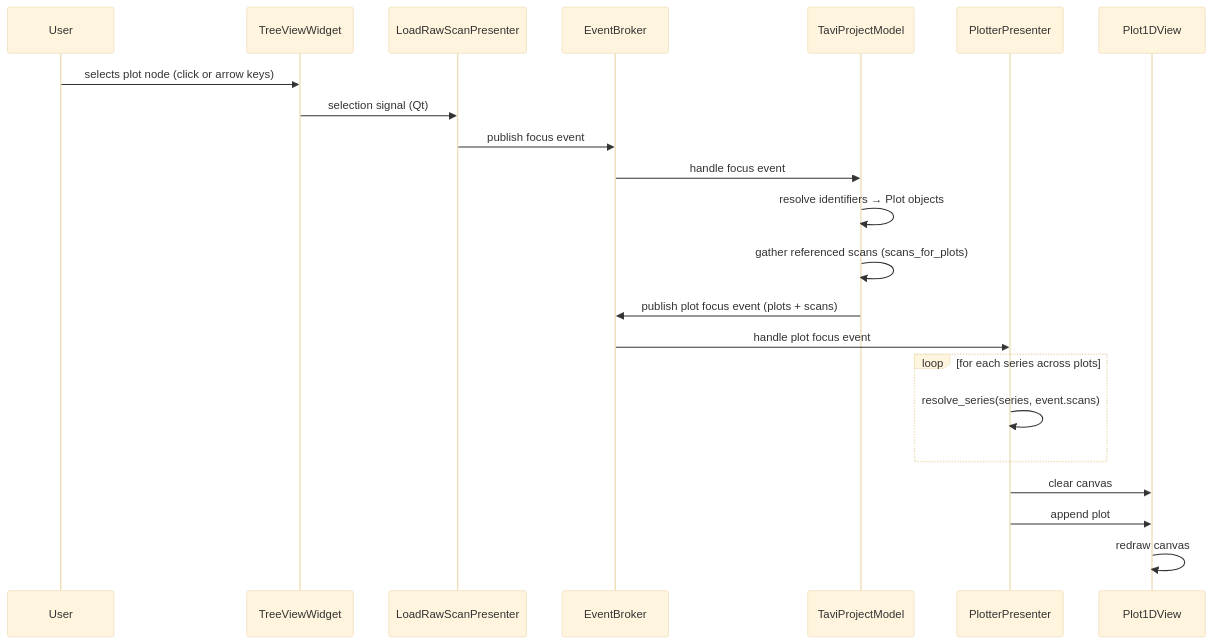
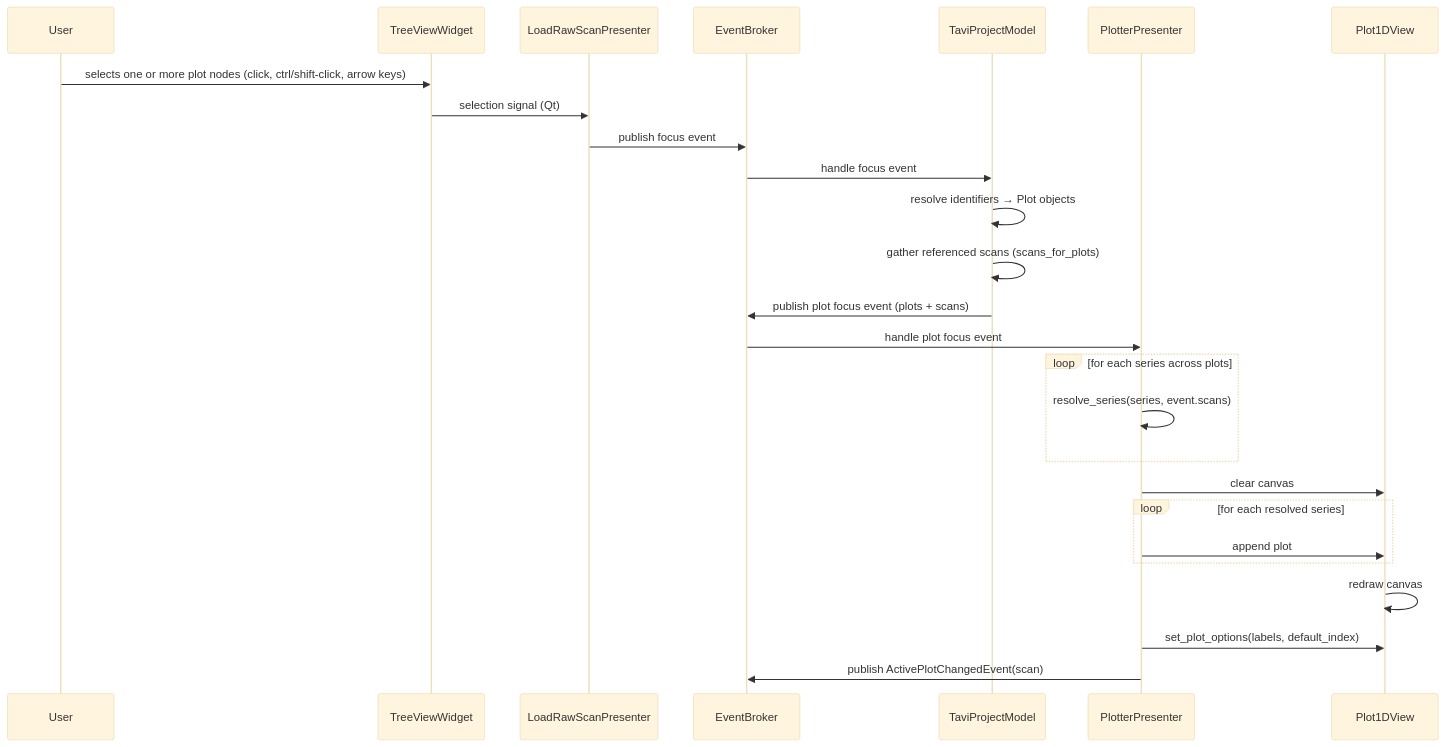
One commit to neutrons/TAVI changed the second of 4 diagrams in docs/source/design/frontend/visualization_flow.rst. Above: the diagram before and after it, drawn with Mermaid (base theme). The commit also changed other lines of this file and 25 other files, not shown here.

```diff
--- a/docs/source/design/frontend/visualization_flow.rst
+++ b/docs/source/design/frontend/visualization_flow.rst
@@ -91,27 +110,31 @@
 .. mermaid::
 
     sequenceDiagram
         participant User
         participant TreeViewWidget
         participant LoadRawScanPresenter
         participant EventBroker
         participant TaviProjectModel
         participant PlotterPresenter
         participant Plot1DView
 
-        User ->> TreeViewWidget: selects plot node (click or arrow keys)
+        User ->> TreeViewWidget: selects one or more plot nodes (click, ctrl/shift-click, arrow keys)
         TreeViewWidget ->> LoadRawScanPresenter: selection signal (Qt)
         LoadRawScanPresenter ->> EventBroker: publish focus event
 
         EventBroker ->> TaviProjectModel: handle focus event
         TaviProjectModel ->> TaviProjectModel: resolve identifiers → Plot objects
         TaviProjectModel ->> TaviProjectModel: gather referenced scans (scans_for_plots)
         TaviProjectModel ->> EventBroker: publish plot focus event (plots + scans)
 
         EventBroker ->> PlotterPresenter: handle plot focus event
         loop for each series across plots
             PlotterPresenter ->> PlotterPresenter: resolve_series(series, event.scans)
         end
         PlotterPresenter ->> Plot1DView: clear canvas
-        PlotterPresenter ->> Plot1DView: append plot
+        loop for each resolved series
+            PlotterPresenter ->> Plot1DView: append plot
+        end
         Plot1DView ->> Plot1DView: redraw canvas
+        PlotterPresenter ->> Plot1DView: set_plot_options(labels, default_index)
+        PlotterPresenter ->> EventBroker: publish ActivePlotChangedEvent(scan)
```
